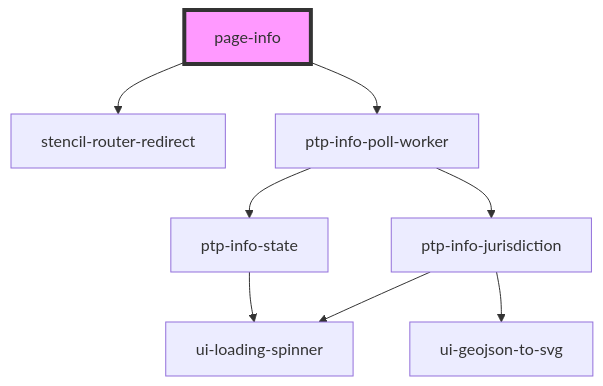
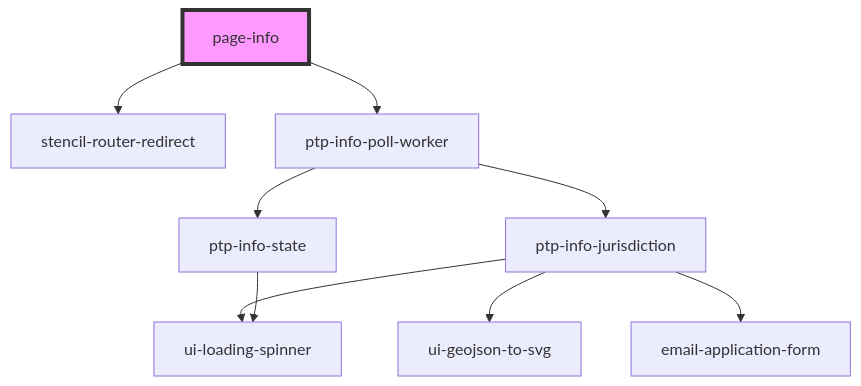
One commit to pizza-to-the-polls/power-the-polls changed the diagram in site/src/components/page-info/readme.md. Above: the diagram before and after it, drawn with Mermaid. The commit also changed 6 other files, not shown here.

````diff
--- a/site/src/components/page-info/readme.md
+++ b/site/src/components/page-info/readme.md
@@ -16,11 +16,12 @@
 ```mermaid
 graph TD;
   page-info --> stencil-router-redirect
   page-info --> ptp-info-poll-worker
   ptp-info-poll-worker --> ptp-info-jurisdiction
   ptp-info-poll-worker --> ptp-info-state
   ptp-info-jurisdiction --> ui-loading-spinner
   ptp-info-jurisdiction --> ui-geojson-to-svg
+  ptp-info-jurisdiction --> email-application-form
   ptp-info-state --> ui-loading-spinner
   style page-info fill:#f9f,stroke:#333,stroke-width:4px
 ```
````
